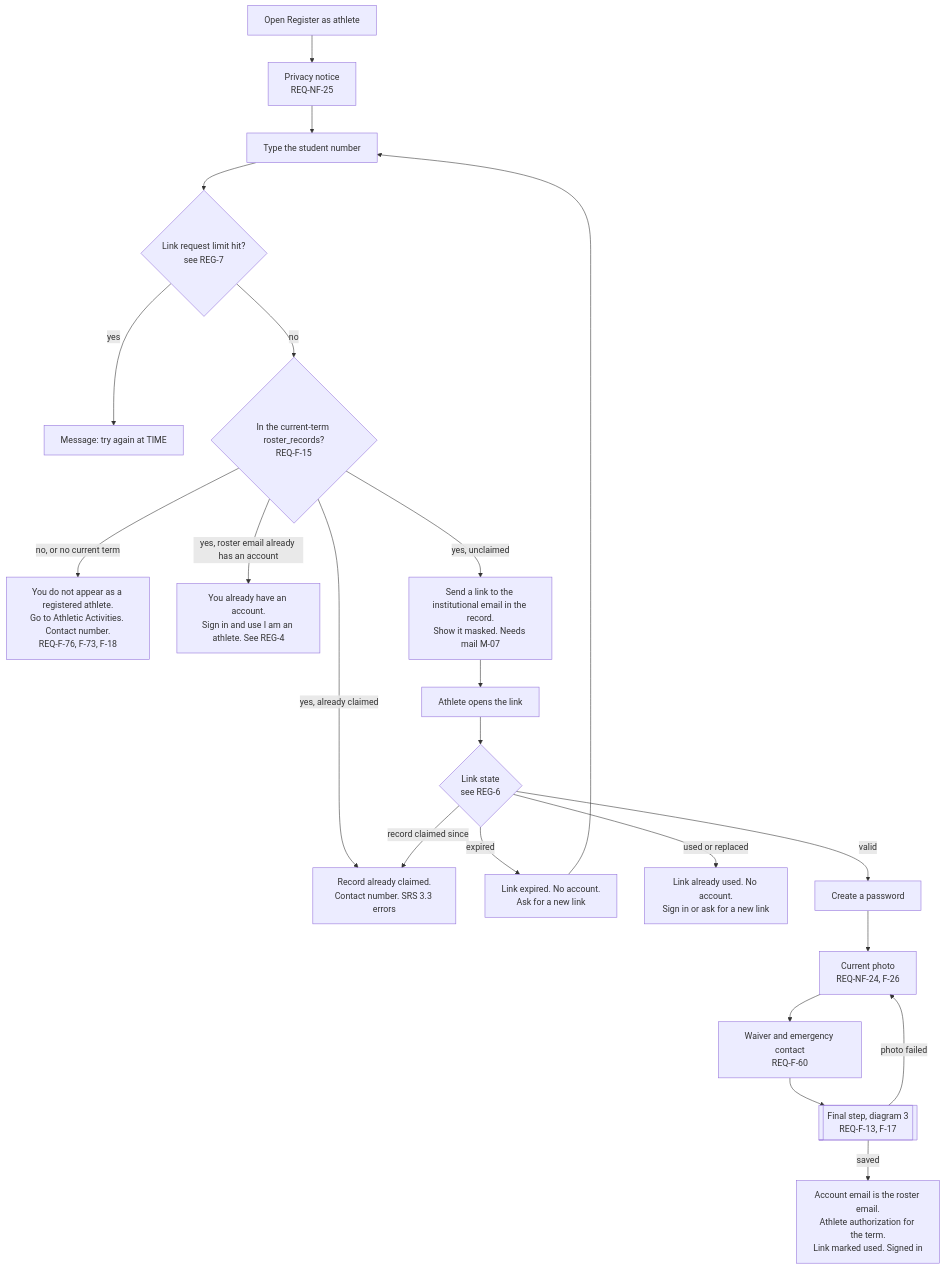
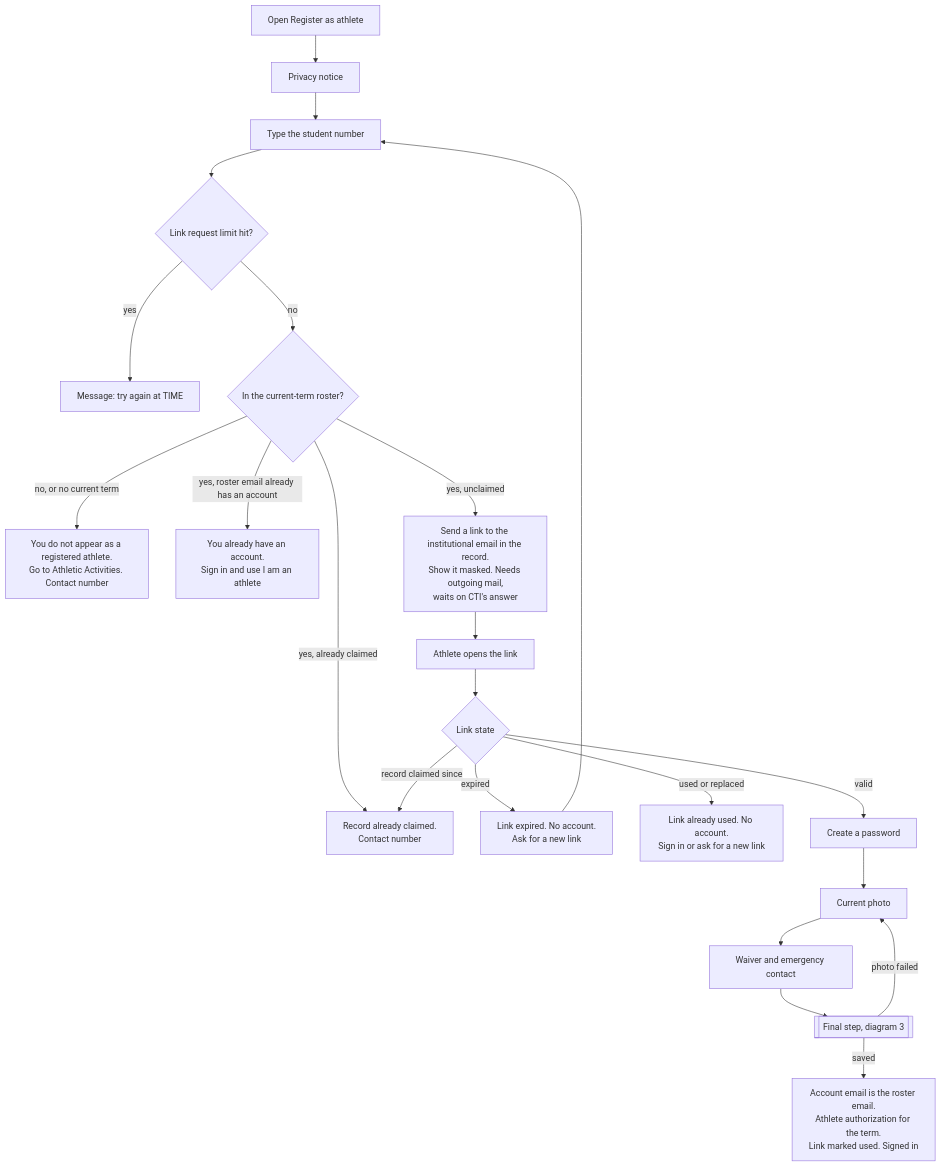
The fourth of 9 diagrams in docs/design/registration-flows.md (Th3-Minorities/natatorio-gym-app), drawn with Mermaid before and after one commit. The commit also changed other lines of this file, not shown here.

Commit message:
Use an email link for "I am an athlete" and delete photos on undo

````diff
--- a/docs/design/registration-flows.md
+++ b/docs/design/registration-flows.md
@@ -123,24 +131,24 @@
 ```mermaid
 flowchart TD
-  START["Open Register as athlete"] --> PN["Privacy notice<br/>REQ-NF-25"]
+  START["Open Register as athlete"] --> PN["Privacy notice"]
   PN --> SN["Type the student number"]
-  SN --> LIM{"Link request limit hit?<br/>see REG-7"}
+  SN --> LIM{"Link request limit hit?"}
   LIM -->|"yes"| X0["Message: try again at TIME"]
-  LIM -->|"no"| R{"In the current-term roster_records?<br/>REQ-F-15"}
-  R -->|"no, or no current term"| X1["You do not appear as a registered athlete.<br/>Go to Athletic Activities. Contact number.<br/>REQ-F-76, F-73, F-18"]
-  R -->|"yes, already claimed"| X2["Record already claimed.<br/>Contact number. SRS 3.3 errors"]
-  R -->|"yes, roster email already has an account"| X3["You already have an account.<br/>Sign in and use I am an athlete. See REG-4"]
-  R -->|"yes, unclaimed"| SEND["Send a link to the institutional email in the record.<br/>Show it masked. Needs mail M-07"]
+  LIM -->|"no"| R{"In the current-term roster?"}
+  R -->|"no, or no current term"| X1["You do not appear as a registered athlete.<br/>Go to Athletic Activities. Contact number"]
+  R -->|"yes, already claimed"| X2["Record already claimed.<br/>Contact number"]
+  R -->|"yes, roster email already has an account"| X3["You already have an account.<br/>Sign in and use I am an athlete"]
+  R -->|"yes, unclaimed"| SEND["Send a link to the institutional email in the record.<br/>Show it masked. Needs outgoing mail,<br/>waits on CTI's answer"]
   SEND --> OPEN["Athlete opens the link"]
-  OPEN --> V{"Link state<br/>see REG-6"}
+  OPEN --> V{"Link state"}
   V -->|"expired"| X4["Link expired. No account.<br/>Ask for a new link"]
   V -->|"used or replaced"| X5["Link already used. No account.<br/>Sign in or ask for a new link"]
   V -->|"record claimed since"| X2
   V -->|"valid"| PW["Create a password"]
-  PW --> PH["Current photo<br/>REQ-NF-24, F-26"]
-  PH --> WV["Waiver and emergency contact<br/>REQ-F-60"]
-  WV --> FIN[["Final step, diagram 3<br/>REQ-F-13, F-17"]]
+  PW --> PH["Current photo"]
+  PH --> WV["Waiver and emergency contact"]
+  WV --> FIN[["Final step, diagram 3"]]
   FIN -->|"photo failed"| PH
   FIN -->|"saved"| OK["Account email is the roster email.<br/>Athlete authorization for the term.<br/>Link marked used. Signed in"]
   X4 --> SN
 ```
````
